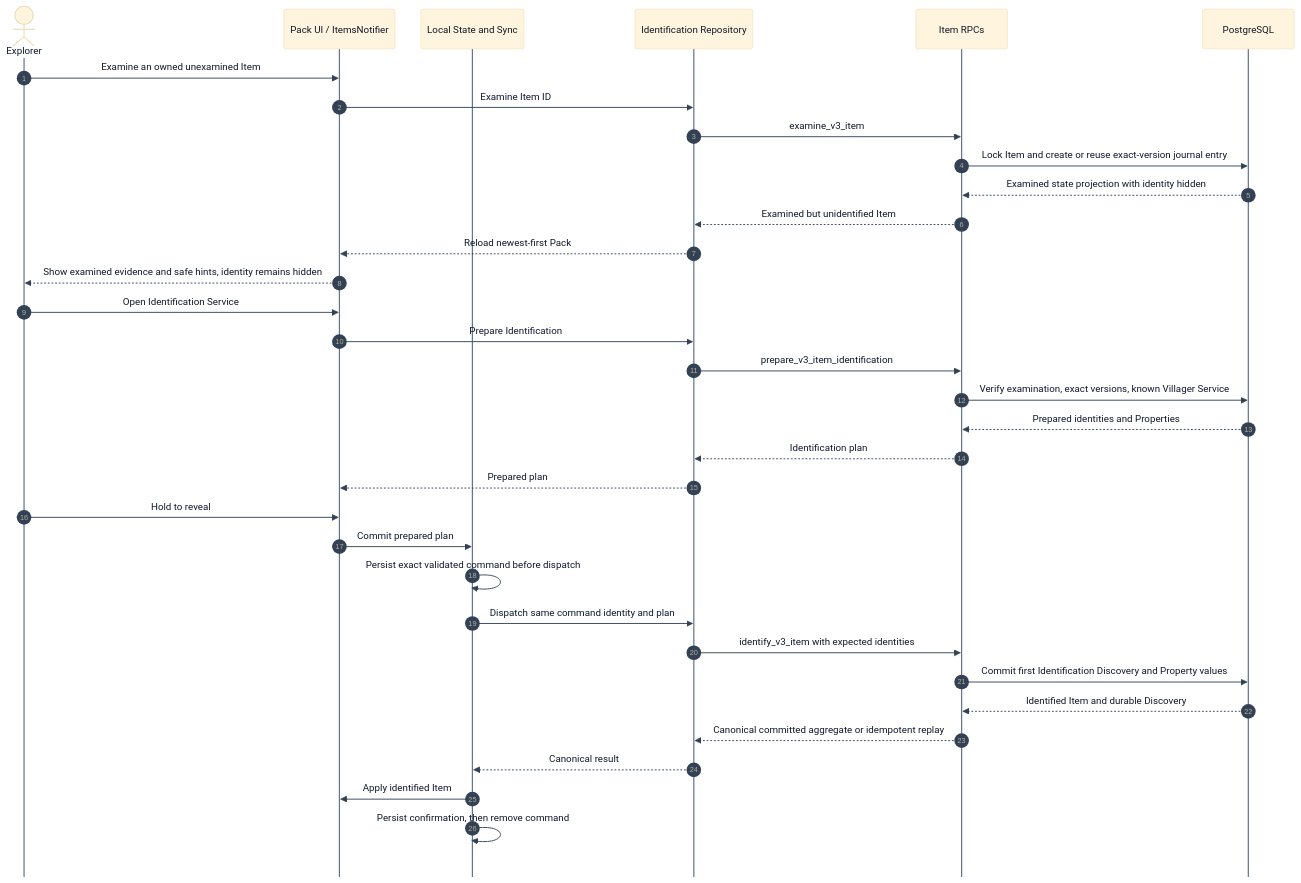
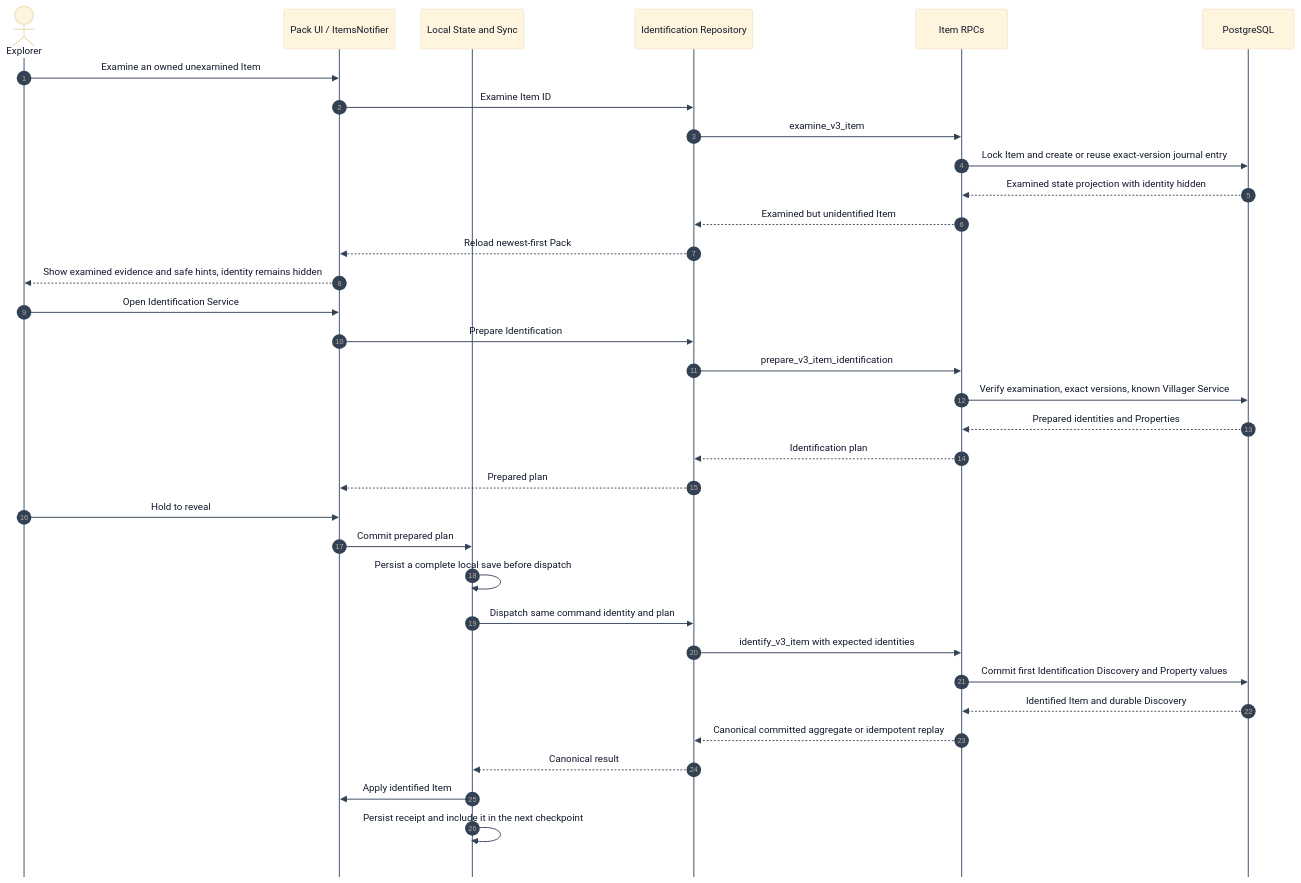
The diagram in docs/c4/08-dynamic-item-examination.mmd (JMLegere/geo-app), drawn with Mermaid before and after one commit. The commit also changed 46 other files, not shown here.

Commit message:
Migrate gameplay to validated local save checkpoints

```diff
--- a/docs/c4/08-dynamic-item-examination.mmd
+++ b/docs/c4/08-dynamic-item-examination.mmd
@@ -1,37 +1,37 @@
 %% GENERATED by scripts/generate_c4_diagrams.py — do not edit.
 %%{init: {'theme': 'base', 'themeVariables': {'background': '#ffffff', 'primaryTextColor': '#0f172a', 'lineColor': '#475569', 'fontFamily': 'Arial, sans-serif', 'edgeLabelBackground': '#ffffff', 'actorLineColor': '#64748b', 'signalColor': '#334155', 'labelBoxBorderColor': '#475569', 'labelTextColor': '#0f172a', 'loopLineColor': '#64748b', 'loopTextColor': '#0f172a'}, 'sequence': {'mirrorActors': false, 'diagramMarginX': 30, 'diagramMarginY': 20, 'actorMargin': 40, 'messageMargin': 35}, 'flowchart': {'curve': 'linear', 'nodeSpacing': 40, 'rankSpacing': 55}}}%%
 sequenceDiagram
     autonumber
     actor Explorer
     participant Pack as Pack UI / ItemsNotifier
     participant Sync as Local State and Sync
     participant Adapter as Identification Repository
     participant Commands as Item RPCs
     participant DB as PostgreSQL
 
     Explorer->>Pack: Examine an owned unexamined Item
     Pack->>Adapter: Examine Item ID
     Adapter->>Commands: examine_v3_item
     Commands->>DB: Lock Item and create or reuse exact-version journal entry
     DB-->>Commands: Examined state projection with identity hidden
     Commands-->>Adapter: Examined but unidentified Item
     Adapter-->>Pack: Reload newest-first Pack
     Pack-->>Explorer: Show examined evidence and safe hints, identity remains hidden
     Explorer->>Pack: Open Identification Service
     Pack->>Adapter: Prepare Identification
     Adapter->>Commands: prepare_v3_item_identification
     Commands->>DB: Verify examination, exact versions, known Villager Service
     DB-->>Commands: Prepared identities and Properties
     Commands-->>Adapter: Identification plan
     Adapter-->>Pack: Prepared plan
     Explorer->>Pack: Hold to reveal
     Pack->>Sync: Commit prepared plan
-    Sync->>Sync: Persist exact validated command before dispatch
+    Sync->>Sync: Persist a complete local save before dispatch
     Sync->>Adapter: Dispatch same command identity and plan
     Adapter->>Commands: identify_v3_item with expected identities
     Commands->>DB: Commit first Identification Discovery and Property values
     DB-->>Commands: Identified Item and durable Discovery
     Commands-->>Adapter: Canonical committed aggregate or idempotent replay
     Adapter-->>Sync: Canonical result
     Sync->>Pack: Apply identified Item
-    Sync->>Sync: Persist confirmation, then remove command
+    Sync->>Sync: Persist receipt and include it in the next checkpoint
```
